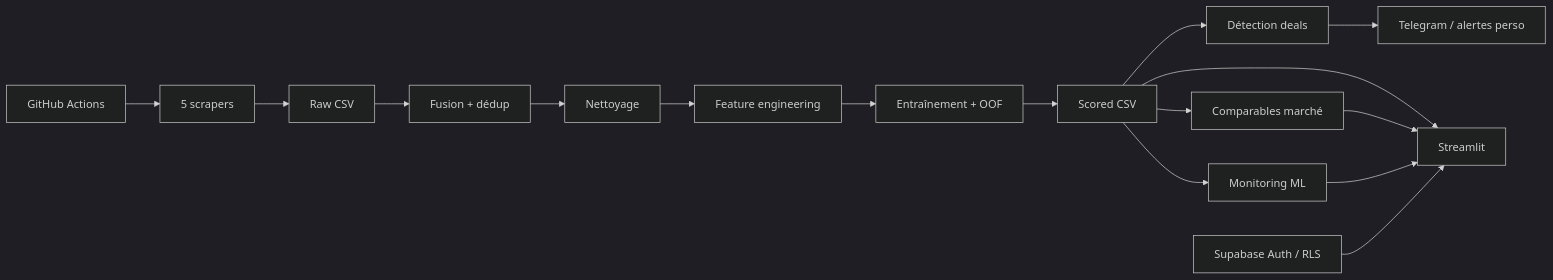
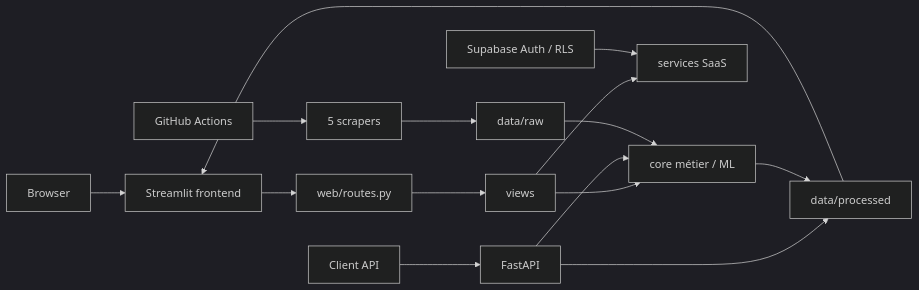
The diagram in README.md (iheb-bibani/AutoDeal-Tunisie), drawn with Mermaid (dark theme) before and after one commit. The commit also changed other lines of this file and 28 other files, not shown here.

First line of the commit message:
V2 architecture: clean URLs + FastAPI backend

````diff
--- a/README.md
+++ b/README.md
@@ -86,18 +41,20 @@
 ```mermaid
 flowchart LR
-    A[5 scrapers] --> B[Raw CSV]
-    B --> C[Fusion + dédup]
-    C --> D[Nettoyage]
-    D --> E[Feature engineering]
-    E --> F[Entraînement + OOF]
-    F --> G[Scored CSV]
-    G --> H[Détection deals]
-    G --> I[Comparables marché]
-    G --> J[Monitoring ML]
-    H --> K[Telegram / alertes perso]
-    G --> L[Streamlit]
-    I --> L
-    J --> L
-    M[Supabase Auth / RLS] --> L
-    N[GitHub Actions] --> A
+    U[Browser] --> S[Streamlit frontend]
+    S --> R[web/routes.py]
+    R --> V[views]
+    V --> C[core métier / ML]
+    V --> SV[services SaaS]
+
+    U2[Client API] --> F[FastAPI]
+    F --> C
+    F --> D[data/processed]
+
+    SC[5 scrapers] --> RAW[data/raw]
+    RAW --> C
+    C --> D
+    D --> S
+
+    SB[Supabase Auth / RLS] --> SV
+    GA[GitHub Actions] --> SC
 ```
````
